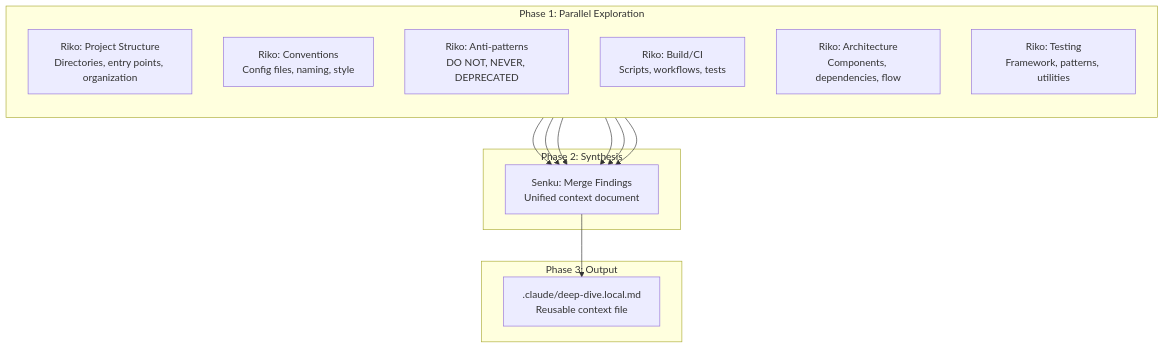
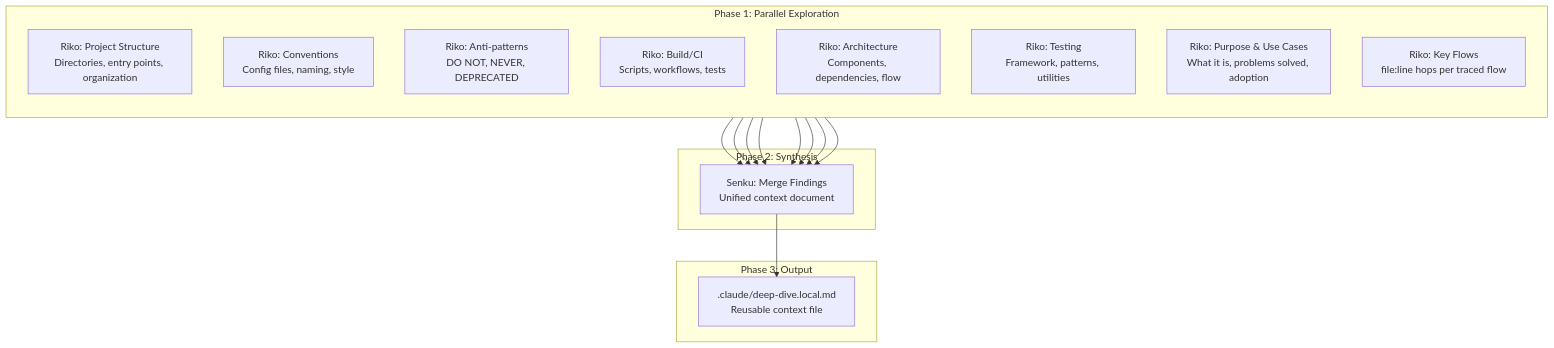
Before and after one commit to josix/agent-flow: the diagram in docs/guides/using-deep-dive.md, drawn with Mermaid. The commit also changed other lines of this file and 10 other files, not shown here.

First line of the commit message:
feat(deep-dive): trace purpose, use cases, and key flows, not just layout

````diff
--- a/docs/guides/using-deep-dive.md
+++ b/docs/guides/using-deep-dive.md
@@ -70,23 +72,25 @@
 ```mermaid
 flowchart TB
     subgraph Phase1["Phase 1: Parallel Exploration"]
         direction TB
         R1["Riko: Project Structure<br/>Directories, entry points, organization"]
         R2["Riko: Conventions<br/>Config files, naming, style"]
         R3["Riko: Anti-patterns<br/>DO NOT, NEVER, DEPRECATED"]
         R4["Riko: Build/CI<br/>Scripts, workflows, tests"]
         R5["Riko: Architecture<br/>Components, dependencies, flow"]
         R6["Riko: Testing<br/>Framework, patterns, utilities"]
+        R7["Riko: Purpose & Use Cases<br/>What it is, problems solved, adoption"]
+        R8["Riko: Key Flows<br/>file:line hops per traced flow"]
     end
 
     subgraph Phase2["Phase 2: Synthesis"]
         S["Senku: Merge Findings<br/>Unified context document"]
     end
 
     subgraph Phase3["Phase 3: Output"]
         O[".claude/deep-dive.local.md<br/>Reusable context file"]
     end
 
-    R1 & R2 & R3 & R4 & R5 & R6 --> S
+    R1 & R2 & R3 & R4 & R5 & R6 & R7 & R8 --> S
     S --> O
 ```
````
